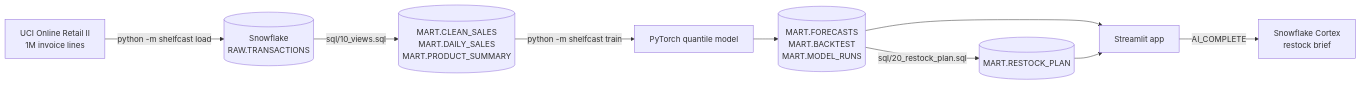
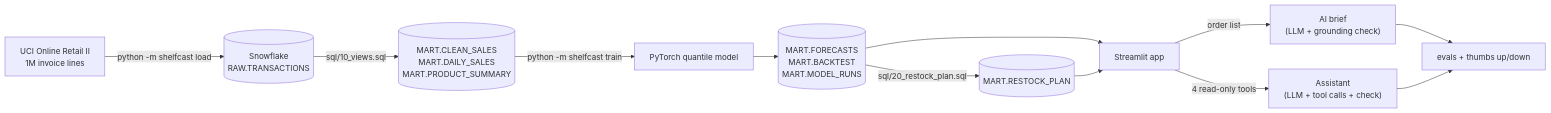
Before and after one commit to FarnooshMemari/shelfcast: the diagram in README.md, drawn with Mermaid. The commit also changed other lines of this file and 13 other files, not shown here.

Commit message:
Add grounded AI brief, tool-calling assistant and eval harness

````diff
--- a/README.md
+++ b/README.md
@@ -45,11 +46,13 @@
 ```mermaid
 flowchart LR
     A["UCI Online Retail II<br/>1M invoice lines"] -->|"python -m shelfcast load"| B[("Snowflake<br/>RAW.TRANSACTIONS")]
     B -->|"sql/10_views.sql"| C[("MART.CLEAN_SALES<br/>MART.DAILY_SALES<br/>MART.PRODUCT_SUMMARY")]
     C -->|"python -m shelfcast train"| D["PyTorch quantile model"]
     D --> E[("MART.FORECASTS<br/>MART.BACKTEST<br/>MART.MODEL_RUNS")]
     E -->|"sql/20_restock_plan.sql"| F[("MART.RESTOCK_PLAN")]
     E --> G["Streamlit app"]
     F --> G
-    G -->|"AI_COMPLETE"| H["Snowflake Cortex<br/>restock brief"]
+    G -->|"order list"| H["AI brief<br/>(LLM + grounding check)"]
+    G -->|"4 read-only tools"| I["Assistant<br/>(LLM + tool calls + check)"]
+    H & I --> J["evals + thumbs up/down"]
 ```
````
